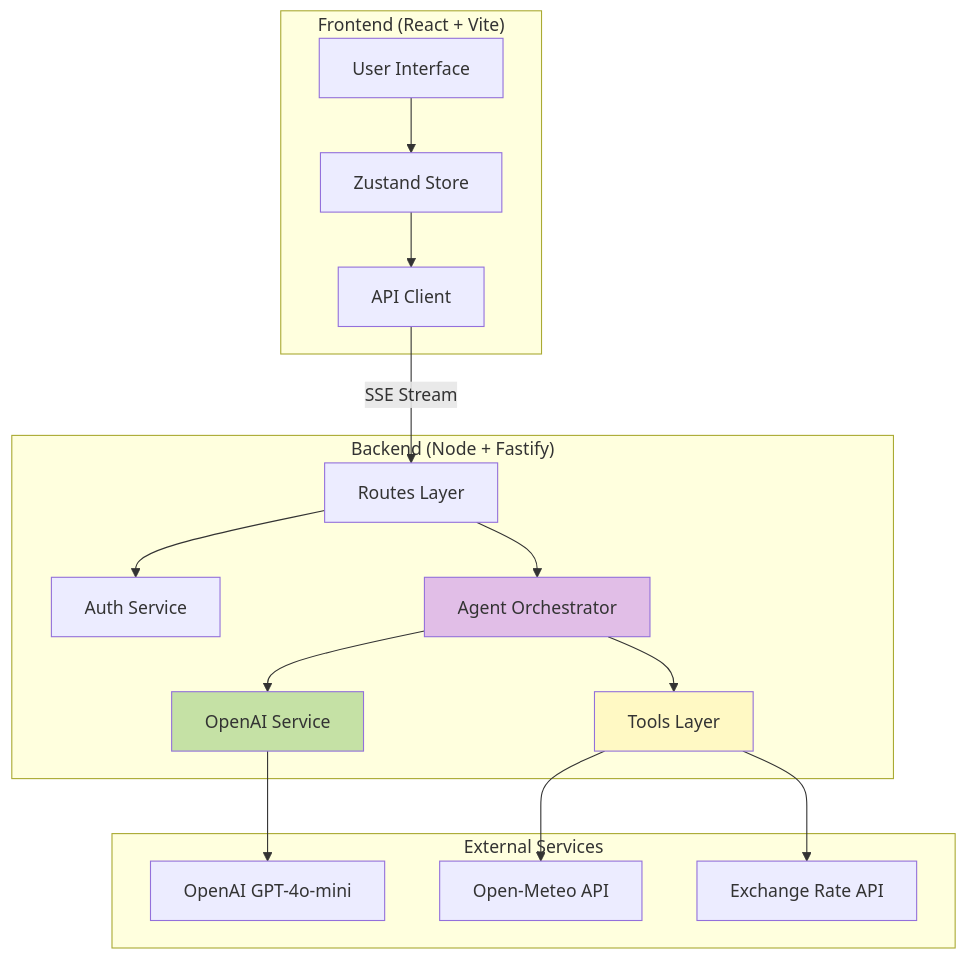
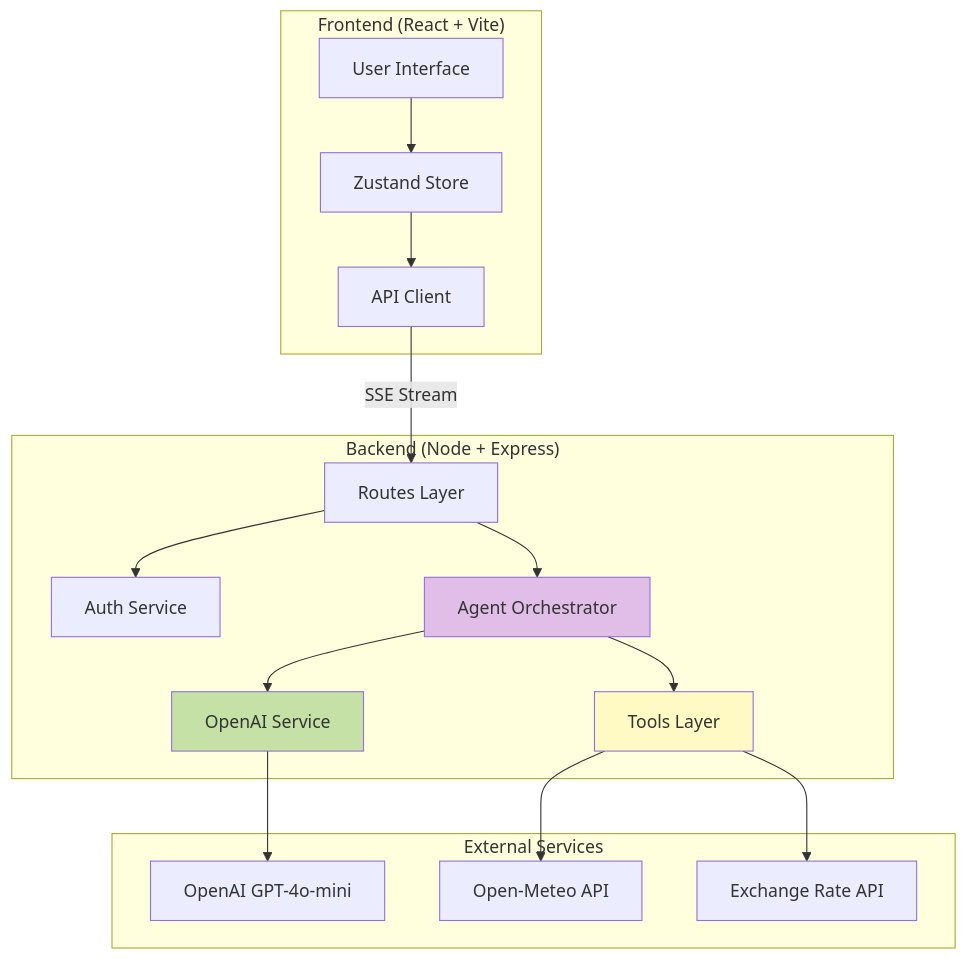
The first of 10 diagrams in docs/architecture-diagram.md (vitorhaoliveira/Agentic-AI-Chat), drawn with Mermaid before and after one commit. The commit also changed other lines of this file and 6 other files, not shown here.

````diff
--- a/docs/architecture-diagram.md
+++ b/docs/architecture-diagram.md
@@ -5,40 +5,40 @@
 ```mermaid
 graph TB
     subgraph "Frontend (React + Vite)"
         UI[User Interface]
         Store[Zustand Store]
         API[API Client]
         
         UI --> Store
         Store --> API
     end
     
-    subgraph "Backend (Node + Fastify)"
+    subgraph "Backend (Node + Express)"
         Routes[Routes Layer]
         Auth[Auth Service]
         Agent[Agent Orchestrator]
         Tools[Tools Layer]
         LLM[OpenAI Service]
         
         Routes --> Auth
         Routes --> Agent
         Agent --> Tools
         Agent --> LLM
     end
     
     subgraph "External Services"
         OpenAI[OpenAI GPT-4o-mini]
         Weather[Open-Meteo API]
         Currency[Exchange Rate API]
         
         LLM --> OpenAI
         Tools --> Weather
         Tools --> Currency
     end
     
     API -->|SSE Stream| Routes
     
     style Agent fill:#e1bee7
     style Tools fill:#fff9c4
     style LLM fill:#c5e1a5
 ```
````
